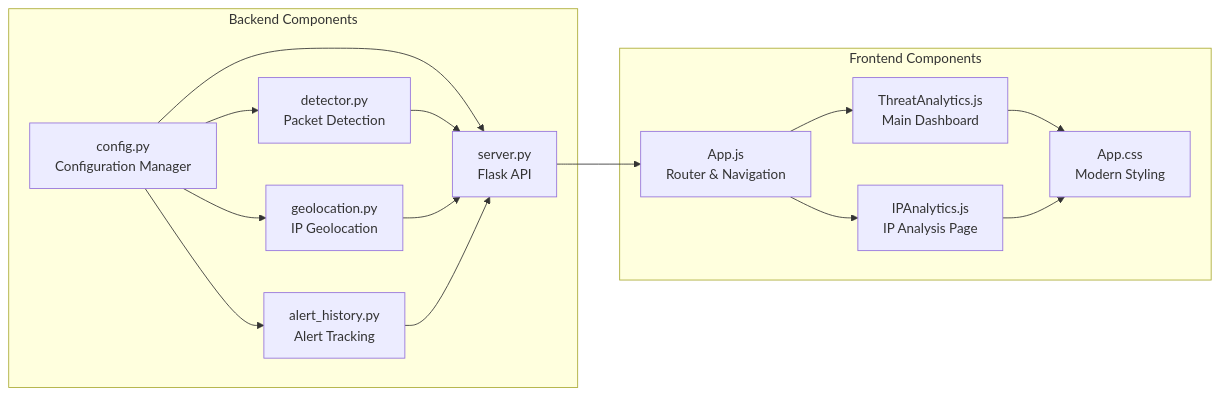
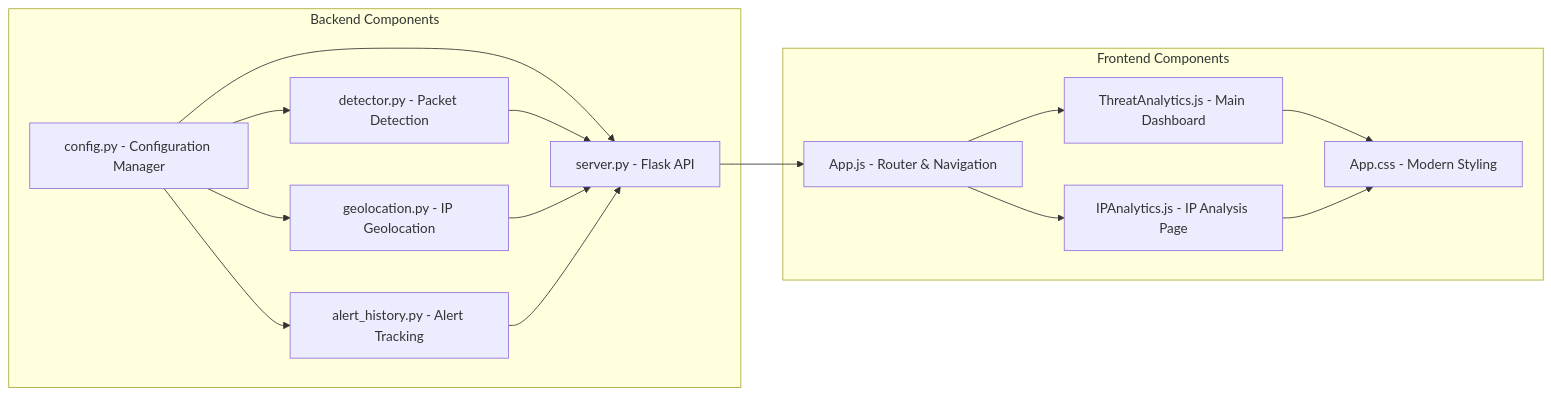
One commit to YuvaBhargav/network-threat-detection-platform- changed the third of 3 diagrams in README.md. Above: the diagram before and after it, drawn with Mermaid. The commit also changed other lines of this file, not shown here.

````diff
--- a/README.md
+++ b/README.md
@@ -127,31 +127,31 @@
 ```mermaid
 graph LR
-    subgraph "Backend Components"
-        A[config.py<br/>Configuration Manager]
-        B[detector.py<br/>Packet Detection]
-        C[geolocation.py<br/>IP Geolocation]
-        D[alert_history.py<br/>Alert Tracking]
-        E[server.py<br/>Flask API]
+    subgraph Backend["Backend Components"]
+        A["config.py - Configuration Manager"]
+        B["detector.py - Packet Detection"]
+        C["geolocation.py - IP Geolocation"]
+        D["alert_history.py - Alert Tracking"]
+        E["server.py - Flask API"]
     end
     
-    subgraph "Frontend Components"
-        F[App.js<br/>Router & Navigation]
-        G[ThreatAnalytics.js<br/>Main Dashboard]
-        H[IPAnalytics.js<br/>IP Analysis Page]
-        I[App.css<br/>Modern Styling]
+    subgraph Frontend["Frontend Components"]
+        F["App.js - Router & Navigation"]
+        G["ThreatAnalytics.js - Main Dashboard"]
+        H["IPAnalytics.js - IP Analysis Page"]
+        I["App.css - Modern Styling"]
     end
     
     A --> B
     A --> C
     A --> D
     A --> E
     B --> E
     C --> E
     D --> E
     
     F --> G
     F --> H
     G --> I
     H --> I
     E --> F
 ```
````
